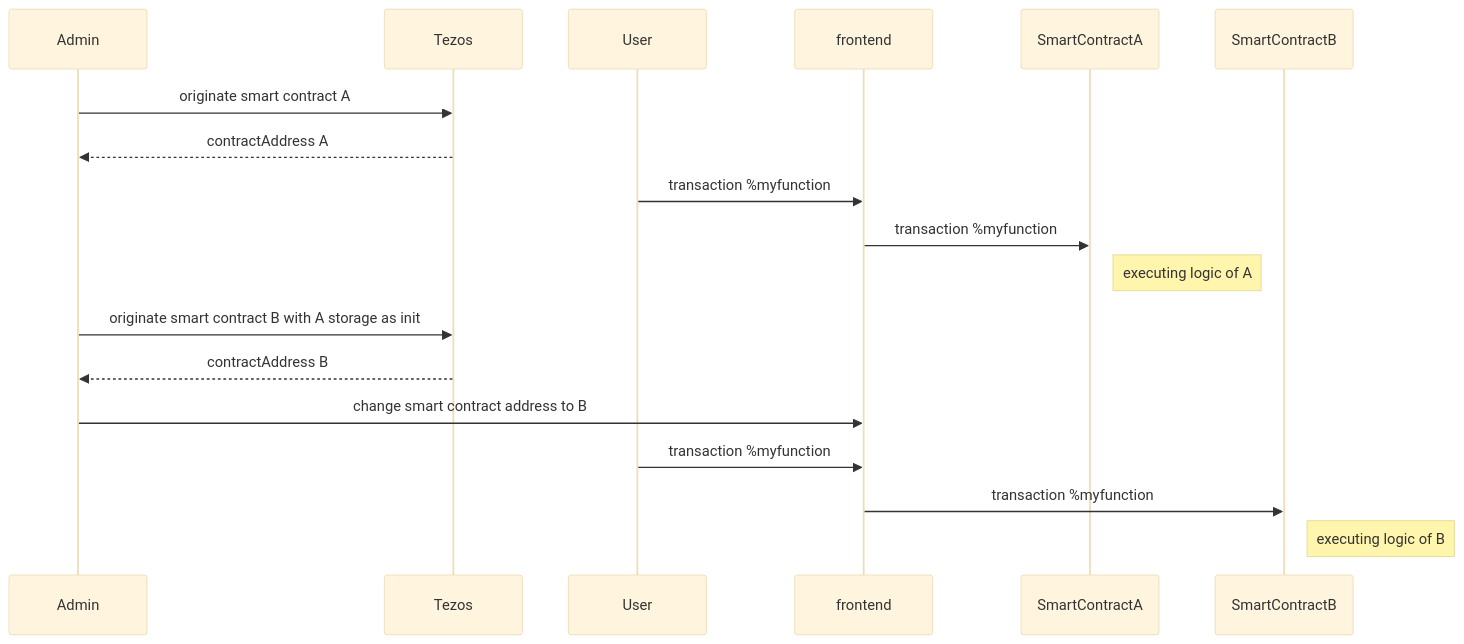
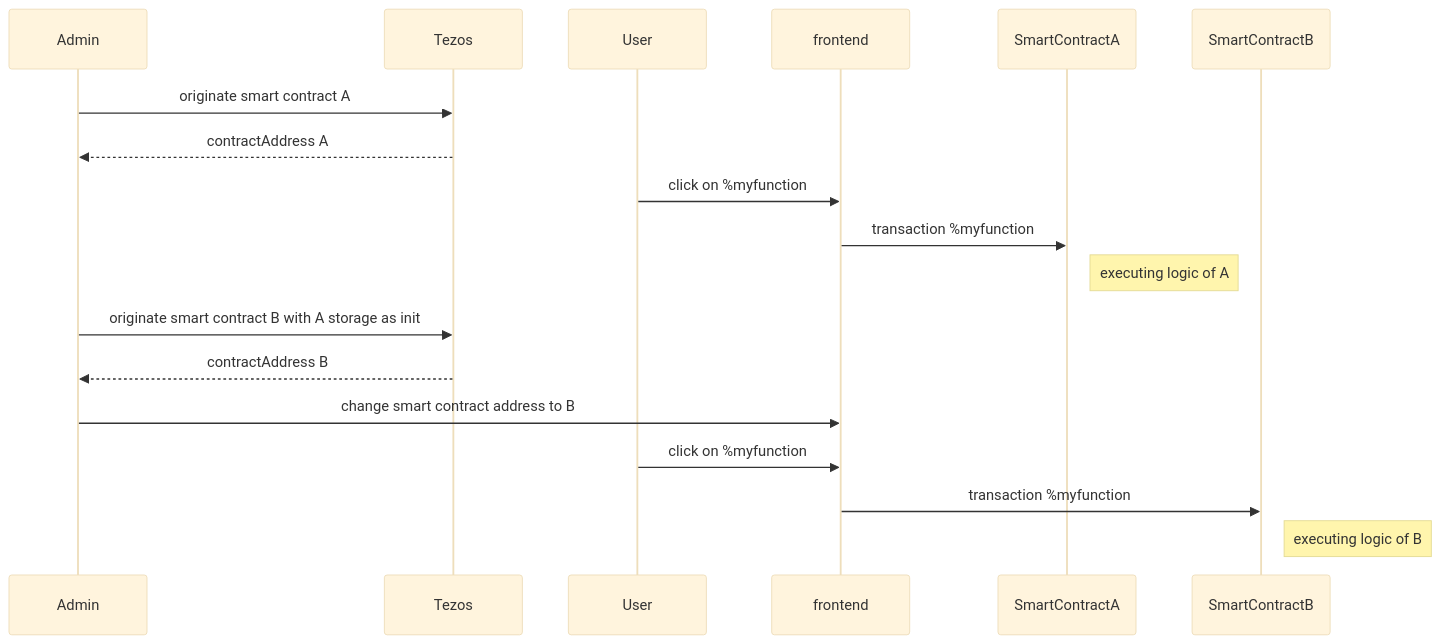
One commit to marigold-dev/training-dapp-4 changed the first of 8 diagrams in README.md. Above: the diagram before and after it, drawn with Mermaid (base theme). The commit also changed other lines of this file, not shown here.

````diff
--- a/README.md
+++ b/README.md
@@ -42,15 +44,14 @@
 ```mermaid
 sequenceDiagram
   Admin->>Tezos: originate smart contract A
   Tezos-->>Admin: contractAddress A
-  User->>frontend: transaction %myfunction
+  User->>frontend: click on %myfunction
   frontend->>SmartContractA: transaction %myfunction
   Note right of SmartContractA : executing logic of A
   Admin->>Tezos: originate smart contract B with A storage as init
   Tezos-->>Admin: contractAddress B
   Admin->>frontend: change smart contract address to B  
-  User->>frontend: transaction %myfunction
+  User->>frontend: click on %myfunction
   frontend->>SmartContractB: transaction %myfunction
   Note right of SmartContractB : executing logic of B
-
 ```
````
